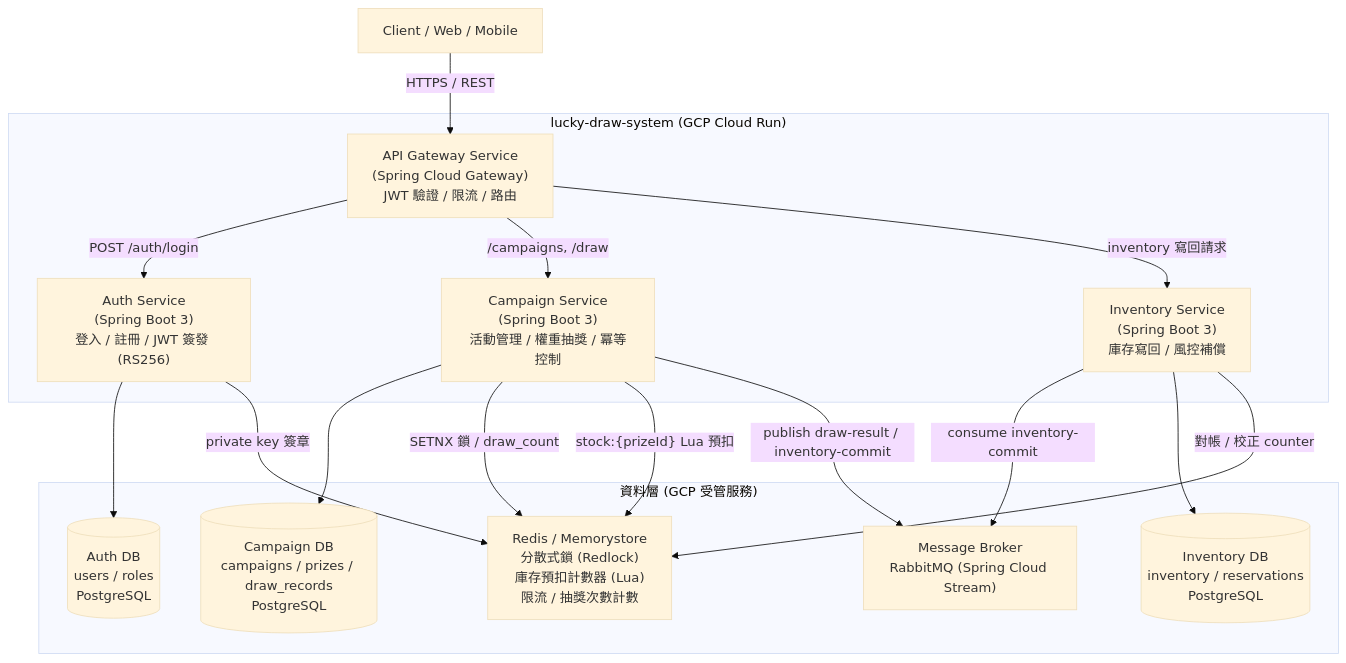
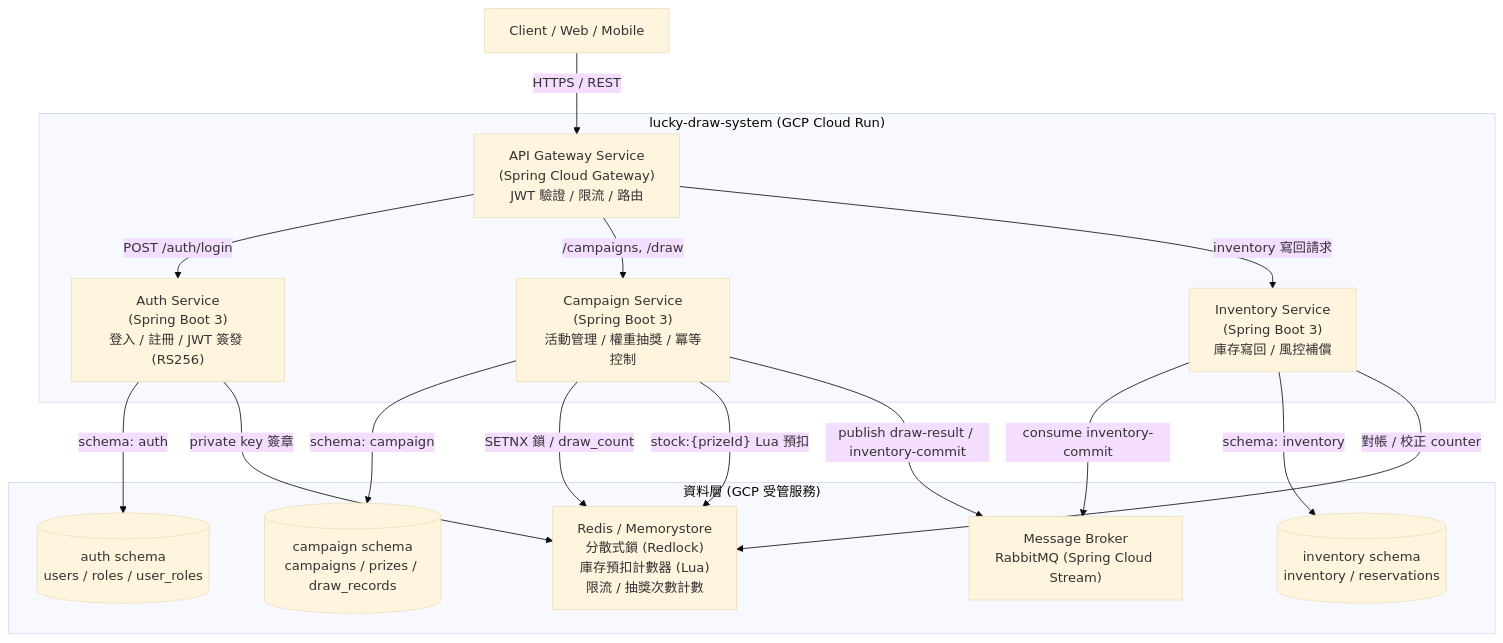
One commit to jjyung/lucky-draw-system changed the second of 2 diagrams in docs/architecture/overview.md. Above: the diagram before and after it, drawn with Mermaid (base theme). The commit also changed other lines of this file and 9 other files, not shown here.

First line of the commit message:
docs(adr,architecture): reframe ADR-002 to data ownership & isolation

````diff
--- a/docs/architecture/overview.md
+++ b/docs/architecture/overview.md
@@ -29,33 +29,33 @@
 ```mermaid
 graph TD
     Client["Client / Web / Mobile"]
 
     subgraph "lucky-draw-system (GCP Cloud Run)"
         Gateway["API Gateway Service<br/>(Spring Cloud Gateway)<br/>JWT 驗證 / 限流 / 路由"]
         Auth["Auth Service<br/>(Spring Boot 3)<br/>登入 / 註冊 / JWT 簽發 (RS256)"]
         Campaign["Campaign Service<br/>(Spring Boot 3)<br/>活動管理 / 權重抽獎 / 冪等控制"]
         Inventory["Inventory Service<br/>(Spring Boot 3)<br/>庫存寫回 / 風控補償"]
     end
 
     subgraph "資料層 (GCP 受管服務)"
         Redis["Redis / Memorystore<br/>分散式鎖 (Redlock)<br/>庫存預扣計數器 (Lua)<br/>限流 / 抽獎次數計數"]
         MQ["Message Broker<br/>RabbitMQ (Spring Cloud Stream)"]
-        AuthDB[("Auth DB<br/>users / roles<br/>PostgreSQL")]
-        CampDB[("Campaign DB<br/>campaigns / prizes / draw_records<br/>PostgreSQL")]
-        InvDB[("Inventory DB<br/>inventory / reservations<br/>PostgreSQL")]
+        AuthSchema[("auth schema<br/>users / roles / user_roles")]
+        CampSchema[("campaign schema<br/>campaigns / prizes / draw_records")]
+        InvSchema[("inventory schema<br/>inventory / reservations")]
     end
 
     Client -->|"HTTPS / REST"| Gateway
     Gateway -->|"POST /auth/login"| Auth
     Gateway -->|"/campaigns, /draw"| Campaign
     Gateway -->|"inventory 寫回請求"| Inventory
-    Auth --> AuthDB
+    Auth -->|"schema: auth"| AuthSchema
     Auth -->|"private key 簽章"| Redis
-    Campaign --> CampDB
+    Campaign -->|"schema: campaign"| CampSchema
     Campaign -->|"SETNX 鎖 / draw_count"| Redis
     Campaign -->|"stock:{prizeId} Lua 預扣"| Redis
     Campaign -->|"publish draw-result / inventory-commit"| MQ
     Inventory -->|"consume inventory-commit"| MQ
-    Inventory --> InvDB
+    Inventory -->|"schema: inventory"| InvSchema
     Inventory -->|"對帳 / 校正 counter"| Redis
 ```
````
